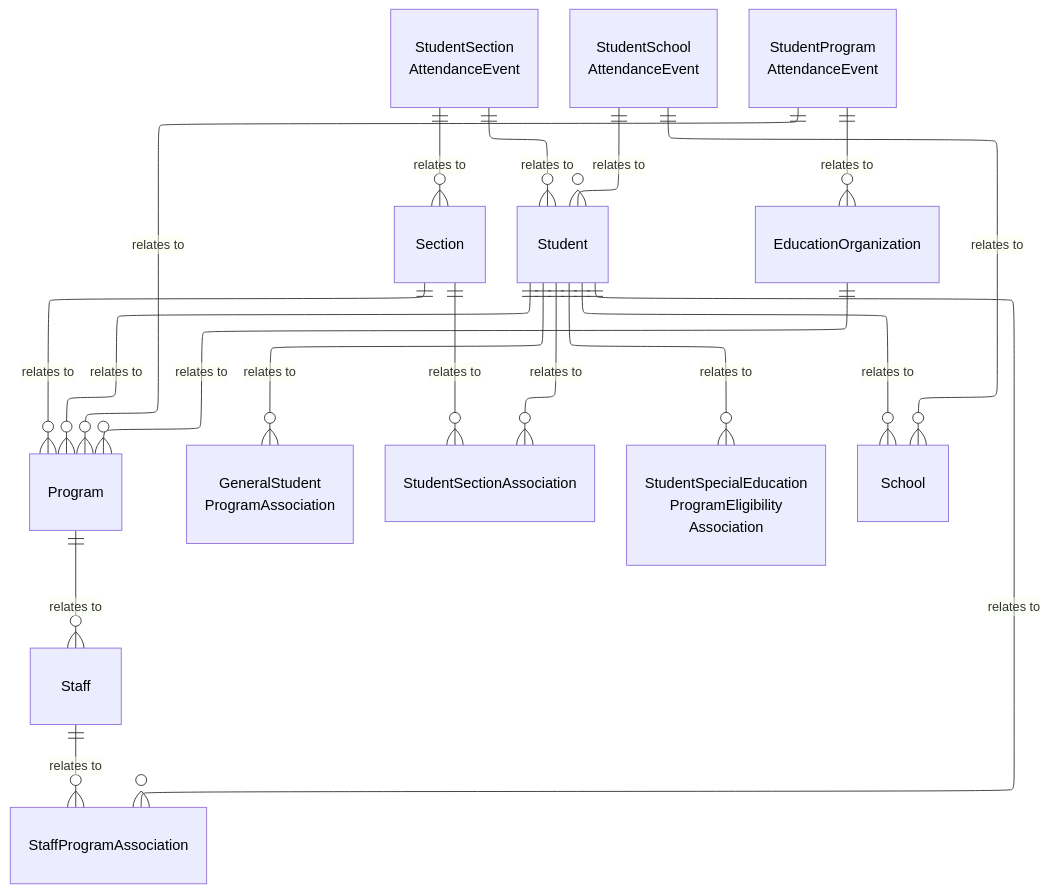
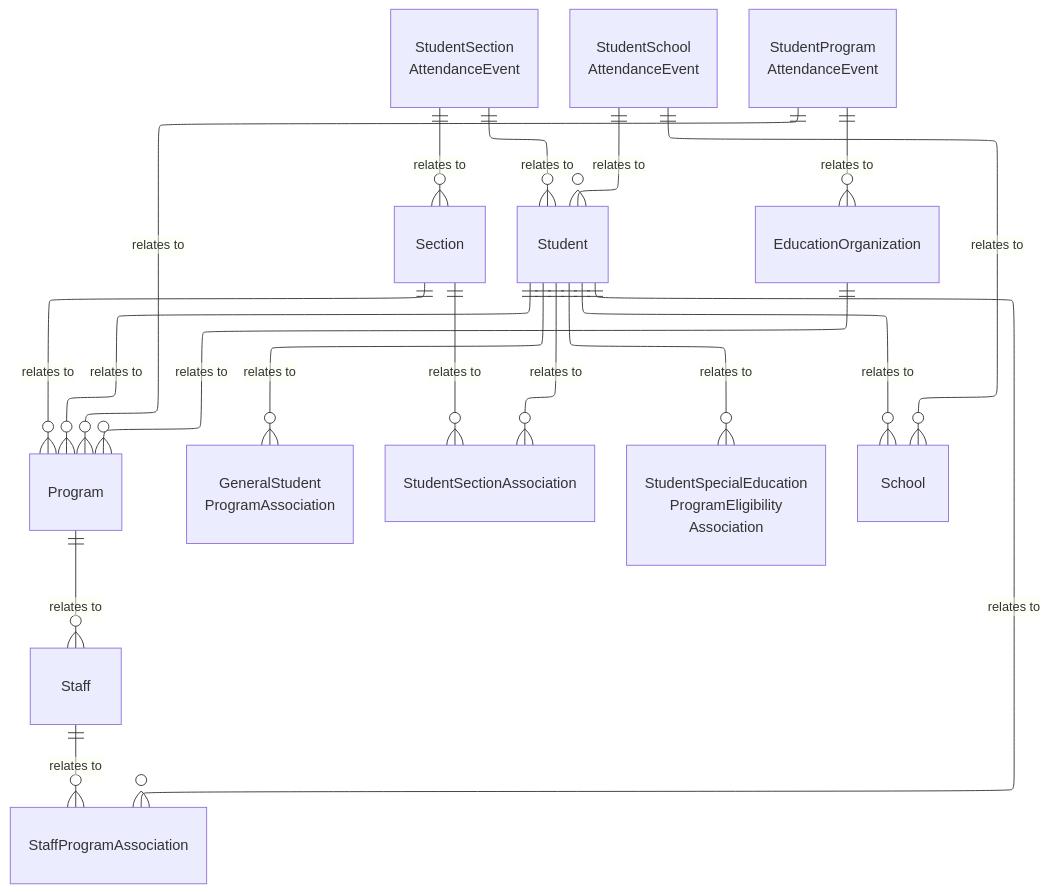
One commit to Ed-Fi-Alliance-OSS/ed-fi-alliance-oss.github.io changed the first of 2 diagrams in dataStandard_versioned_docs/version-6/model-reference/alternative-and-supplemental-services-domain/model-diagrams.md. Above: the diagram before and after it, drawn with Mermaid. The commit also changed 24 other files, not shown here.

````diff
--- a/dataStandard_versioned_docs/version-6/model-reference/alternative-and-supplemental-services-domain/model-diagrams.md
+++ b/dataStandard_versioned_docs/version-6/model-reference/alternative-and-supplemental-services-domain/model-diagrams.md
@@ -13,63 +13,50 @@
 ```mermaid
 ---
 config:
   layout: elk
 ---
 erDiagram
     Program {
     }
     Staff {
     }
     GeneralStudentProgramAssociation["GeneralStudent<br/>ProgramAssociation"]  {
     }
     StaffProgramAssociation {
     }
     Section {
     }
     StudentSectionAssociation {
     }
     Student {
     }
     EducationOrganization {
     }
     StudentSectionAttendanceEvent["StudentSection<br/>AttendanceEvent"] {
     }
     StudentSchoolAttendanceEvent["StudentSchool<br/>AttendanceEvent"] {
     }
     StudentProgramAttendanceEvent["StudentProgram<br/>AttendanceEvent"] {
     }
     StudentSpecialEducationProgramEligibilityAssociation["StudentSpecialEducation<br/>ProgramEligibility<br/>Association"] {
     }
     School {
     }
     EducationOrganization ||--o{ Program : "relates to"
     Student ||--o{ Program : "relates to"
     Program ||--o{ Staff : "relates to"
     Section ||--o{ Program : "relates to"
     Student ||--o{ School : "relates to"
     Student ||--o{ GeneralStudentProgramAssociation : "relates to"
     Student ||--o{ StaffProgramAssociation : "relates to"
     Staff ||--o{ StaffProgramAssociation : "relates to"
     Student ||--o{ StudentSectionAssociation : "relates to"
     Section ||--o{ StudentSectionAssociation : "relates to"
     Student ||--o{ StudentSpecialEducationProgramEligibilityAssociation : "relates to"
     StudentSectionAttendanceEvent ||--o{ Student : "relates to"
     StudentSectionAttendanceEvent ||--o{ Section : "relates to"
     StudentSchoolAttendanceEvent ||--o{ School : "relates to"
     StudentSchoolAttendanceEvent ||--o{ Student : "relates to"
     StudentProgramAttendanceEvent ||--o{ EducationOrganization : "relates to"
     StudentProgramAttendanceEvent ||--o{ Program : "relates to"
-    style Program color:#000000
-    style Staff color:#000000
-    style GeneralStudentProgramAssociation color:#000000
-    style StaffProgramAssociation color:#000000
-    style Section color:#000000
-    style StudentSectionAssociation color:#000000
-    style Student color:#000000
-    style EducationOrganization color:#000000
-    style StudentSectionAttendanceEvent color:#000000
-    style StudentSchoolAttendanceEvent color:#000000
-    style StudentProgramAttendanceEvent color:#000000
-    style StudentSpecialEducationProgramEligibilityAssociation color:#000000
-    style School color:#000000
 ```
````
